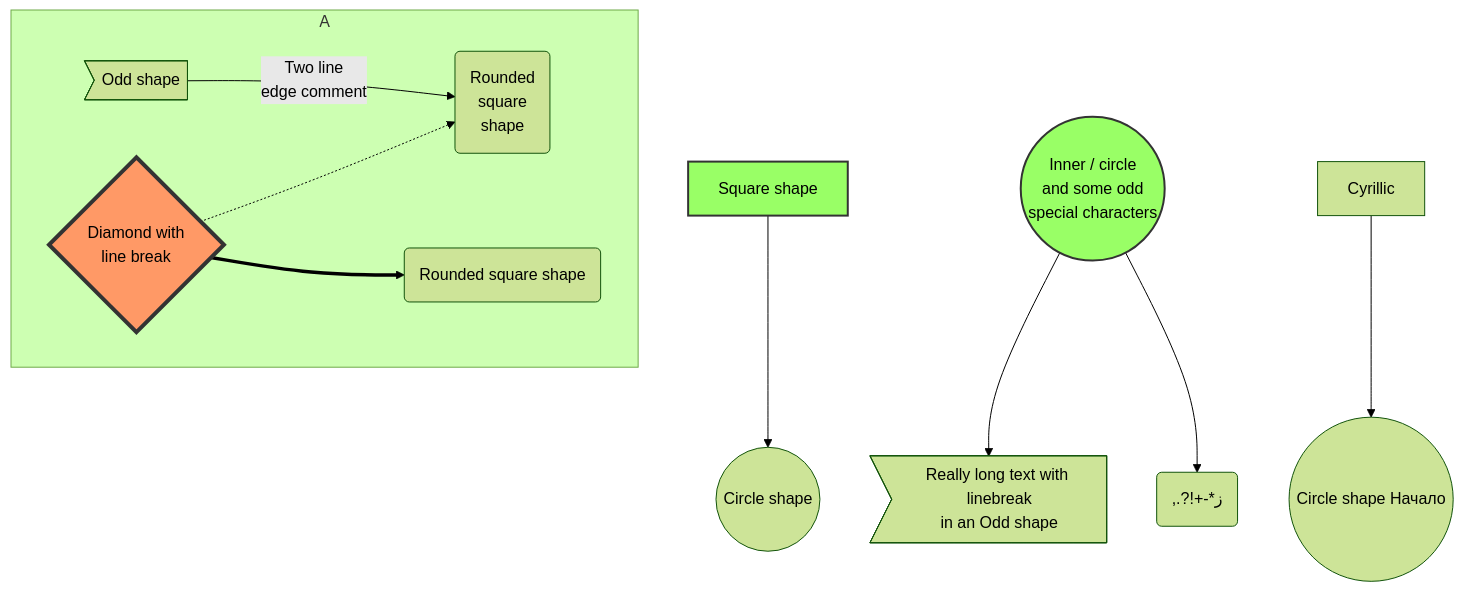
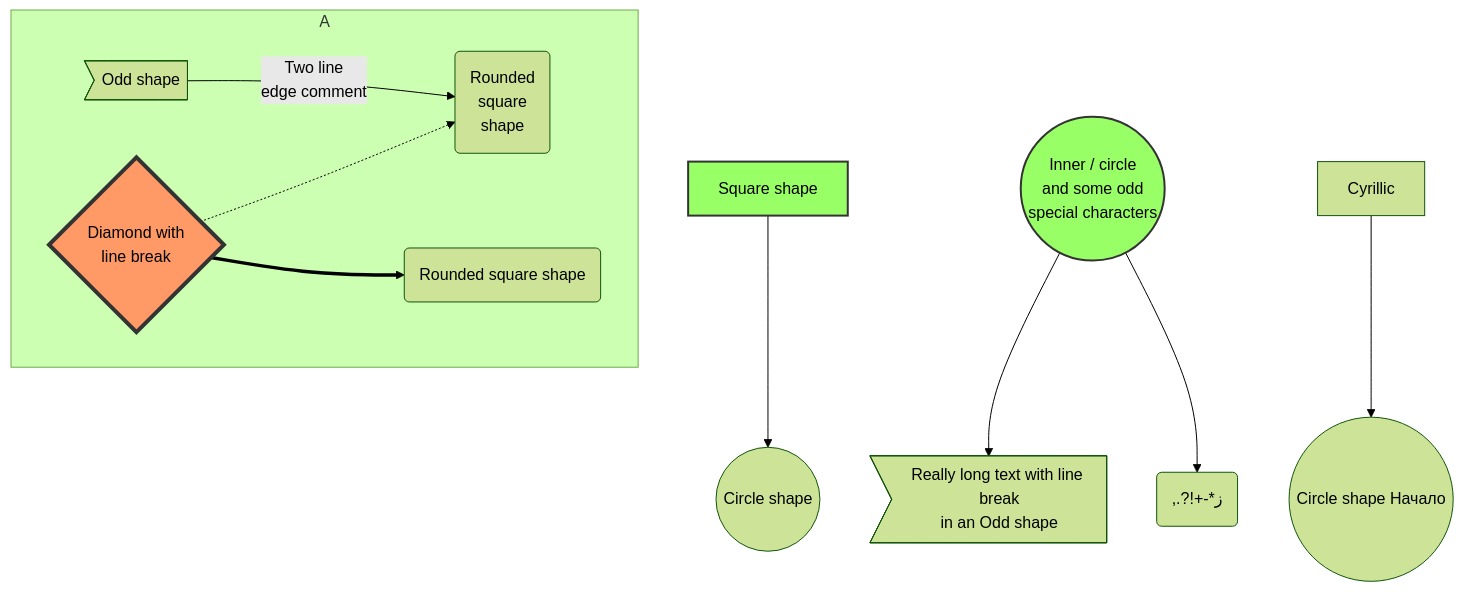
The second of 2 diagrams in demo/md-enhance/src/demo/mermaid.md (vuepress-theme-hope/vuepress-theme-hope), drawn with Mermaid (forest theme) before and after one commit. The commit also changed other lines of this file and 296 other files, not shown here.

````diff
--- a/demo/md-enhance/src/demo/mermaid.md
+++ b/demo/md-enhance/src/demo/mermaid.md
@@ -395,23 +395,23 @@
 ```mermaid
 graph TB
     sq[Square shape] --> ci((Circle shape))
 
     subgraph A
         od>Odd shape]-- Two line<br/>edge comment --> ro
         di{Diamond with <br/> line break} -.-> ro(Rounded<br>square<br>shape)
         di==>ro2(Rounded square shape)
     end
 
     %% Notice that no text in shape are added here instead that is appended further down
-    e --> od3>Really long text with linebreak<br>in an Odd shape]
+    e --> od3>Really long text with line break<br>in an Odd shape]
 
     %% Comments after double percent signs
     e((Inner / circle<br>and some odd <br>special characters)) --> f(,.?!+-*ز)
 
     cyr[Cyrillic]-->cyr2((Circle shape Начало));
 
      classDef green fill:#9f6,stroke:#333,stroke-width:2px;
      classDef orange fill:#f96,stroke:#333,stroke-width:4px;
      class sq,e green
      class di orange
 ```
````
